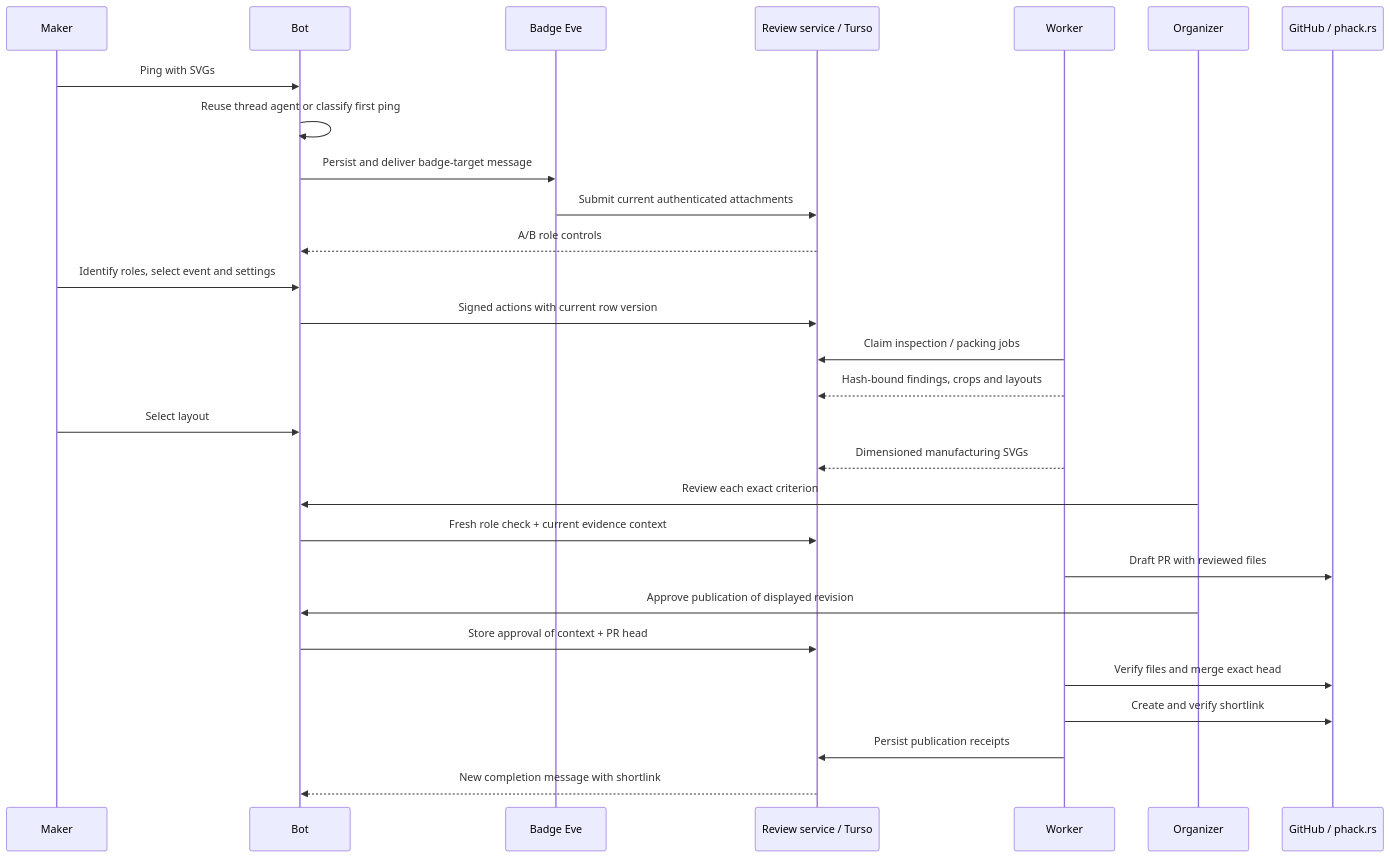
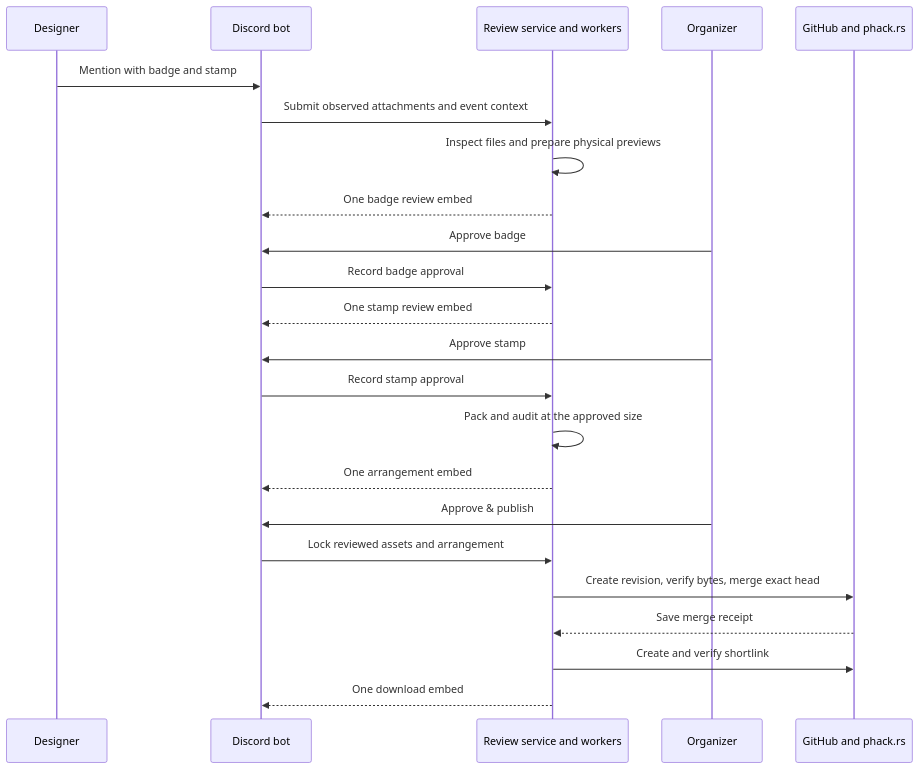
One commit to purduehackers/wack-hacker changed the second of 2 diagrams in docs/badge-review.md. Above: the diagram before and after it, drawn with Mermaid. The commit also changed other lines of this file and 28 other files, not shown here.

Commit message:
Match badge reviews to the approved Discord flow

````diff
--- a/docs/badge-review.md
+++ b/docs/badge-review.md
@@ -70,30 +85,25 @@
 ```mermaid
 sequenceDiagram
-  participant Maker
-  participant Bot
-  participant Badge as Badge Eve
-  participant Review as Review service / Turso
-  participant Worker
-  participant Human as Organizer
-  participant Git as GitHub / phack.rs
-  Maker->>Bot: Ping with SVGs
-  Bot->>Bot: Reuse thread agent or classify first ping
-  Bot->>Badge: Persist and deliver badge-target message
-  Badge->>Review: Submit current authenticated attachments
-  Review-->>Bot: A/B role controls
-  Maker->>Bot: Identify roles, select event and settings
-  Bot->>Review: Signed actions with current row version
-  Worker->>Review: Claim inspection / packing jobs
-  Worker-->>Review: Hash-bound findings, crops and layouts
-  Maker->>Bot: Select layout
-  Worker-->>Review: Dimensioned manufacturing SVGs
-  Human->>Bot: Review each exact criterion
-  Bot->>Review: Fresh role check + current evidence context
-  Worker->>Git: Draft PR with reviewed files
-  Human->>Bot: Approve publication of displayed revision
-  Bot->>Review: Store approval of context + PR head
-  Worker->>Git: Verify files and merge exact head
-  Worker->>Git: Create and verify shortlink
-  Worker->>Review: Persist publication receipts
-  Review-->>Bot: New completion message with shortlink
+  participant D as Designer
+  participant B as Discord bot
+  participant S as Review service and workers
+  participant O as Organizer
+  participant G as GitHub and phack.rs
+  D->>B: Mention with badge and stamp
+  B->>S: Submit observed attachments and event context
+  S->>S: Inspect files and prepare physical previews
+  S-->>B: One badge review embed
+  O->>B: Approve badge
+  B->>S: Record badge approval
+  S-->>B: One stamp review embed
+  O->>B: Approve stamp
+  B->>S: Record stamp approval
+  S->>S: Pack and audit at the approved size
+  S-->>B: One arrangement embed
+  O->>B: Approve & publish
+  B->>S: Lock reviewed assets and arrangement
+  S->>G: Create revision, verify bytes, merge exact head
+  G-->>S: Save merge receipt
+  S->>G: Create and verify shortlink
+  S-->>B: One download embed
 ```
````
